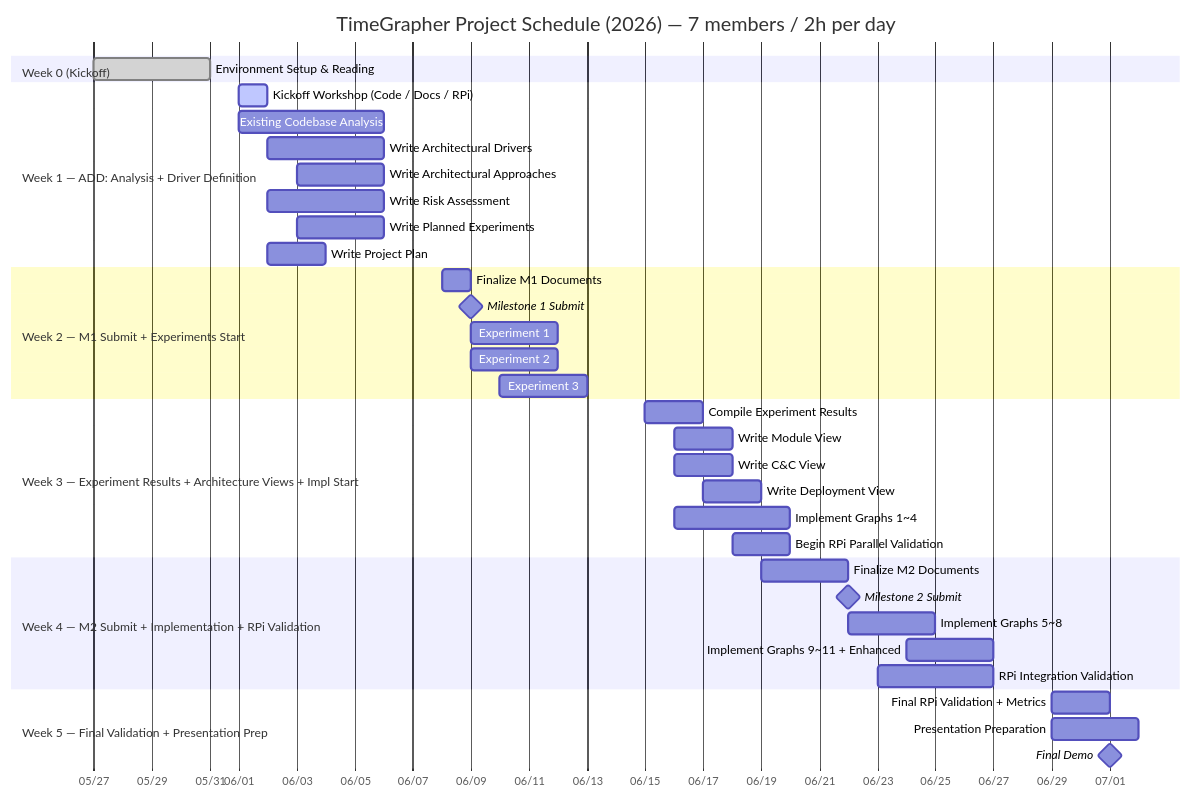
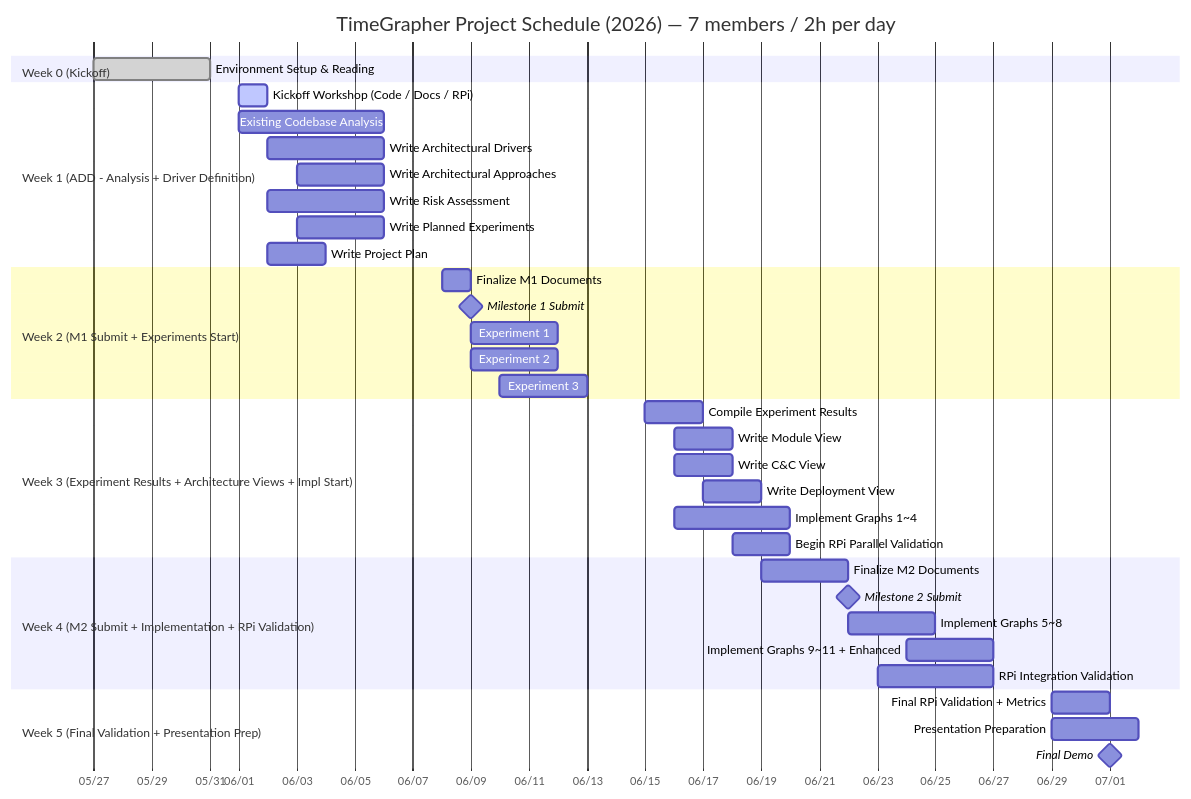
Before and after one commit to Ji-Min-Lee/time-grapher: the diagram in references/project/todo.md, drawn with Mermaid.

Commit message:
fix: fix mermaid gantt section names with colons causing parse errors

````diff
--- a/references/project/todo.md
+++ b/references/project/todo.md
@@ -5,45 +5,45 @@
 ```mermaid
 gantt
     title TimeGrapher Project Schedule (2026) — 7 members / 2h per day
     dateFormat  YYYY-MM-DD
     axisFormat %m/%d
 
     section Week 0 (Kickoff)
     Environment Setup & Reading           :done,    env,  2026-05-27, 4d
 
-    section Week 1 — ADD: Analysis + Driver Definition
+    section Week 1 (ADD - Analysis + Driver Definition)
     Kickoff Workshop (Code / Docs / RPi)  :active,  ws,   2026-06-01, 1d
     Existing Codebase Analysis            :         ca,   2026-06-01, 5d
     Write Architectural Drivers           :         ad,   2026-06-02, 4d
     Write Architectural Approaches        :         aa,   2026-06-03, 3d
     Write Risk Assessment                 :         ra,   2026-06-02, 4d
     Write Planned Experiments             :         pe,   2026-06-03, 3d
     Write Project Plan                    :         pp,   2026-06-02, 2d
 
-    section Week 2 — M1 Submit + Experiments Start
+    section Week 2 (M1 Submit + Experiments Start)
     Finalize M1 Documents                 :         m1d,  2026-06-08, 1d
     Milestone 1 Submit                    :milestone, m1, 2026-06-09, 0d
     Experiment 1: RPi sps Performance     :         ex1,  2026-06-09, 3d
     Experiment 2: Qt GUI Rendering FPS    :         ex2,  2026-06-09, 3d
     Experiment 3: T1/T3 Detection Accuracy:         ex3,  2026-06-10, 3d
 
-    section Week 3 — Experiment Results + Architecture Views + Impl Start
+    section Week 3 (Experiment Results + Architecture Views + Impl Start)
     Compile Experiment Results            :         er,   2026-06-15, 2d
     Write Module View                     :         mv,   2026-06-16, 2d
     Write C&C View                        :         cv,   2026-06-16, 2d
     Write Deployment View                 :         dv,   2026-06-17, 2d
     Implement Graphs 1~4                  :         gi1,  2026-06-16, 4d
     Begin RPi Parallel Validation         :         rpv1, 2026-06-18, 2d
 
-    section Week 4 — M2 Submit + Implementation + RPi Validation
+    section Week 4 (M2 Submit + Implementation + RPi Validation)
     Finalize M2 Documents                 :         m2d,  2026-06-19, 3d
     Milestone 2 Submit                    :milestone, m2, 2026-06-22, 0d
     Implement Graphs 5~8                  :         gi2,  2026-06-22, 3d
     Implement Graphs 9~11 + Enhanced      :         gi3,  2026-06-24, 3d
     RPi Integration Validation            :         rpv2, 2026-06-23, 4d
 
-    section Week 5 — Final Validation + Presentation Prep
+    section Week 5 (Final Validation + Presentation Prep)
     Final RPi Validation + Metrics        :         fv,   2026-06-29, 2d
     Presentation Preparation              :         pr,   2026-06-29, 3d
     Final Demo                            :milestone, m3, 2026-07-01, 0d
 ```
````
